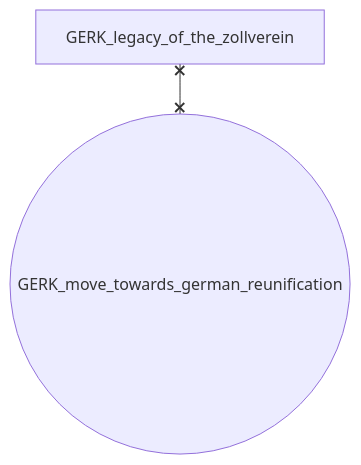
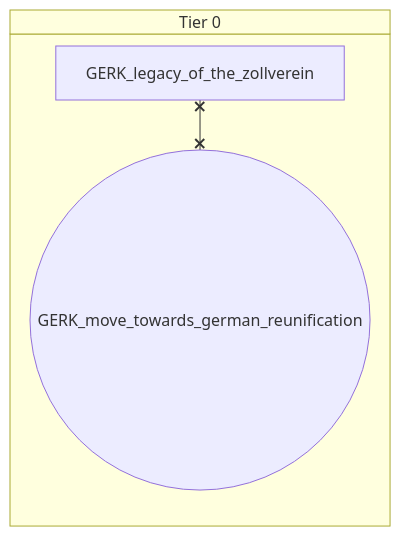
One commit to evgeny-sobol/hoi4-sandbox-mode-r56 changed the second of 3 diagrams in docs/gdd/National Focuses/r56_ger_shared.md. Above: the diagram before and after it, drawn with Mermaid. The commit also changed other lines of this file and 423 other files, not shown here.

First line of the commit message:
Re-export Rt56 focus trees as swimlane diagrams

````diff
--- a/docs/gdd/National Focuses/r56_ger_shared.md
+++ b/docs/gdd/National Focuses/r56_ger_shared.md
@@ -12,6 +14,8 @@
 ```mermaid
-flowchart TD
-    n1["GERK_legacy_of_the_zollverein"]
-    n2(("GERK_move_towards_german_reunification"))
+swimlane-beta TD
+    subgraph tier_0["Tier 0"]
+        n1["GERK_legacy_of_the_zollverein"]
+        n2(("GERK_move_towards_german_reunification"))
+    end
     n1 x--x n2
 ```
````
